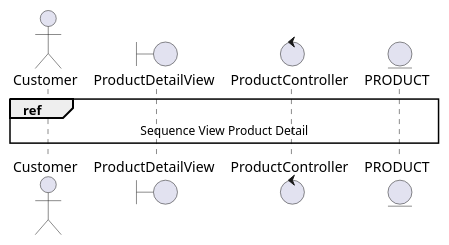
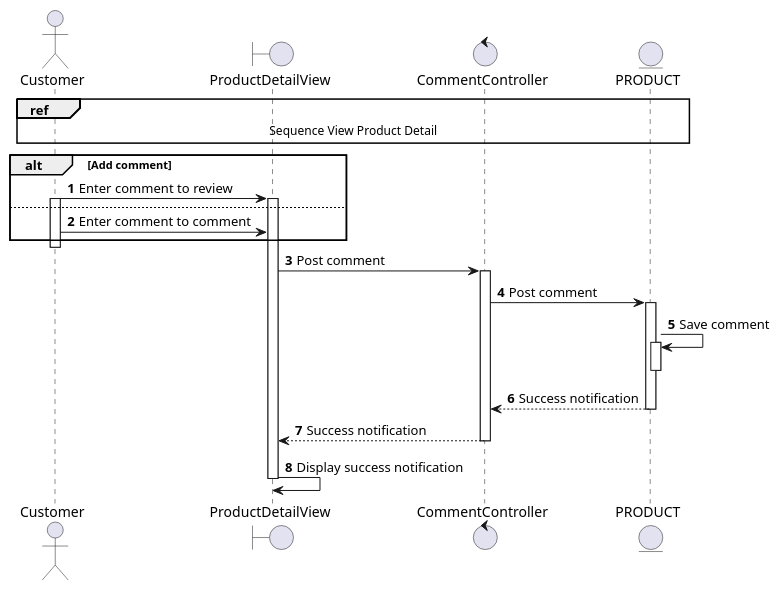
One commit to electricilies/electricilies.github.io changed the diagram in docs/docs/sequence/view-product/add-comment-to-review.md. Above: the diagram before and after it, drawn with PlantUML.

Commit message:
feat(sequence): add add-comment-to-review

````diff
--- a/docs/docs/sequence/view-product/add-comment-to-review.md
+++ b/docs/docs/sequence/view-product/add-comment-to-review.md
@@ -3,14 +3,34 @@
 ```plantuml
 @startuml
 autonumber
 
 actor Customer as C
 boundary ProductDetailView as PDV
-control ProductController as PC
+control CommentController as CC
 entity PRODUCT as P
 
 ref over C, P: Sequence View Product Detail
-
+alt Add comment
+  C -> PDV: Enter comment to review
+  activate C
+  activate PDV
+else
+  C -> PDV: Enter comment to comment
+end
+deactivate C
+PDV -> CC: Post comment
+activate CC
+CC -> P: Post comment
+activate P
+P -> P: Save comment
+activate P
+deactivate P
+CC <-- P: Success notification
+deactivate P
+PDV <-- CC: Success notification
+deactivate CC
+PDV -> PDV: Display success notification
+deactivate PDV
 
 @enduml
 ```
````
